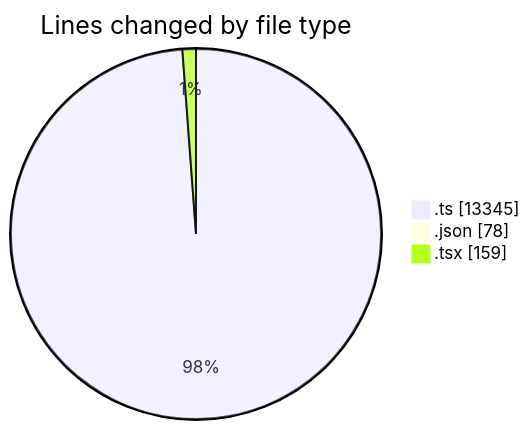
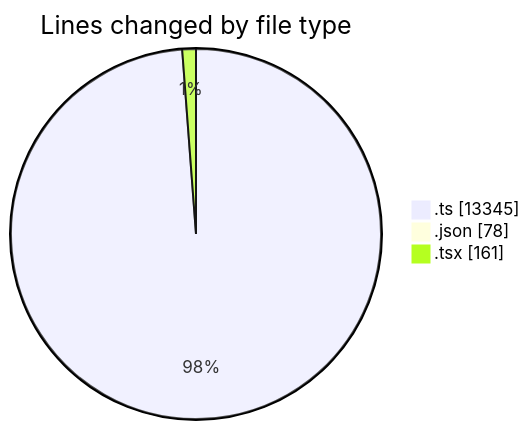
One commit to momahboobian/code-tracking changed the first of 2 diagrams in 2025-08-29/cda/README.md. Above: the diagram before and after it, drawn with Mermaid. The commit also changed other lines of this file and 1 other file, not shown here.

````diff
--- a/2025-08-29/cda/README.md
+++ b/2025-08-29/cda/README.md
@@ -25,7 +25,7 @@
 ```mermaid
 pie showData
 title Lines changed by file type
 ".ts" : 13345
 ".json" : 78
-".tsx" : 159
+".tsx" : 161
 ```
````
